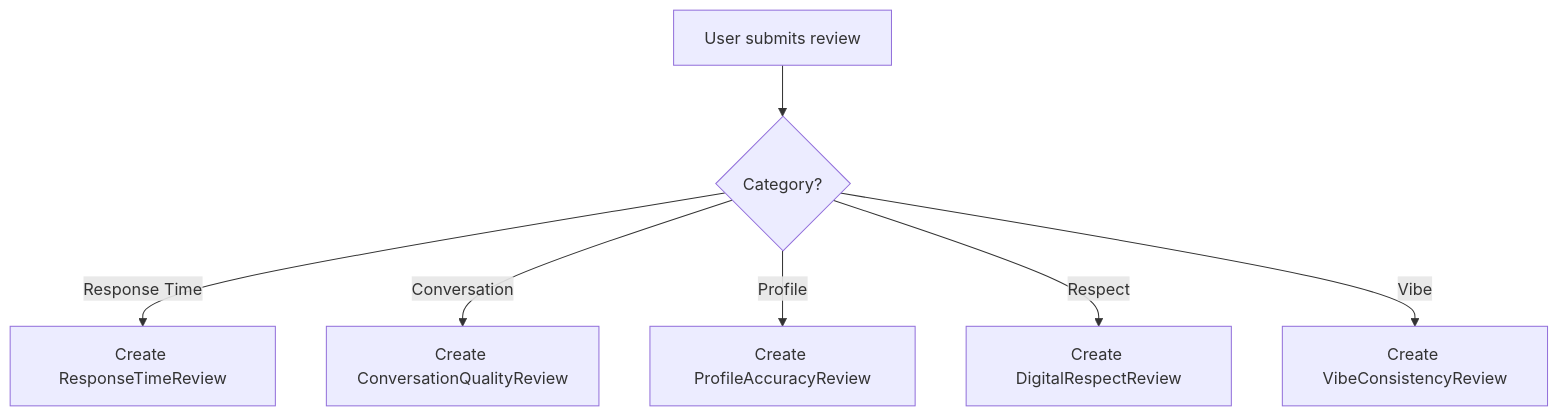
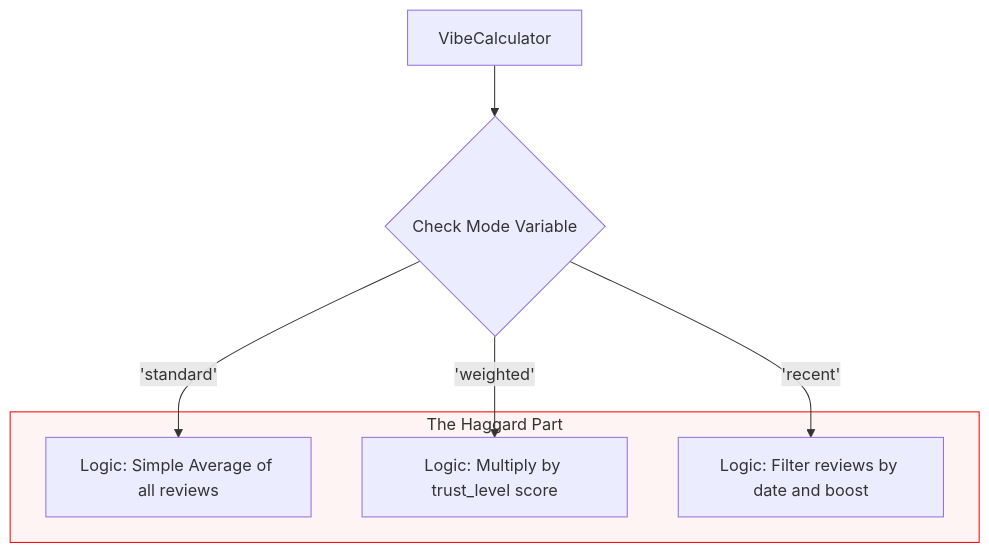
The third of 6 diagrams in README.md (upvis-org/CMSC129_Activity2_DesignPatterns), drawn with Mermaid before and after one commit. The commit also changed other lines of this file, not shown here.

First line of the commit message:
Revise scoring algorithm section and diagrams

````diff
--- a/README.md
+++ b/README.md
@@ -126,9 +126,15 @@
 ```mermaid
 flowchart TD
-A[User submits review] --> B{Category?}
-B -->|Response Time| C[Create ResponseTimeReview]
-B -->|Conversation| D[Create ConversationQualityReview]
-B -->|Profile| E[Create ProfileAccuracyReview]
-B -->|Respect| F[Create DigitalRespectReview]
-B -->|Vibe| G[Create VibeConsistencyReview]
+    A[VibeCalculator] --> B{Check Mode Variable}
+    B -->|'standard'| C[Logic: Simple Average of all reviews]
+    B -->|'weighted'| D[Logic: Multiply by trust_level score]
+    B -->|'recent'| E[Logic: Filter reviews by date and boost]
+    
+    subgraph Hardcoded_Logic [The Haggard Part]
+    C
+    D
+    E
+    end
+    
+    style Hardcoded_Logic fill:#fff4f4,stroke:#ff0000
 ```
````
